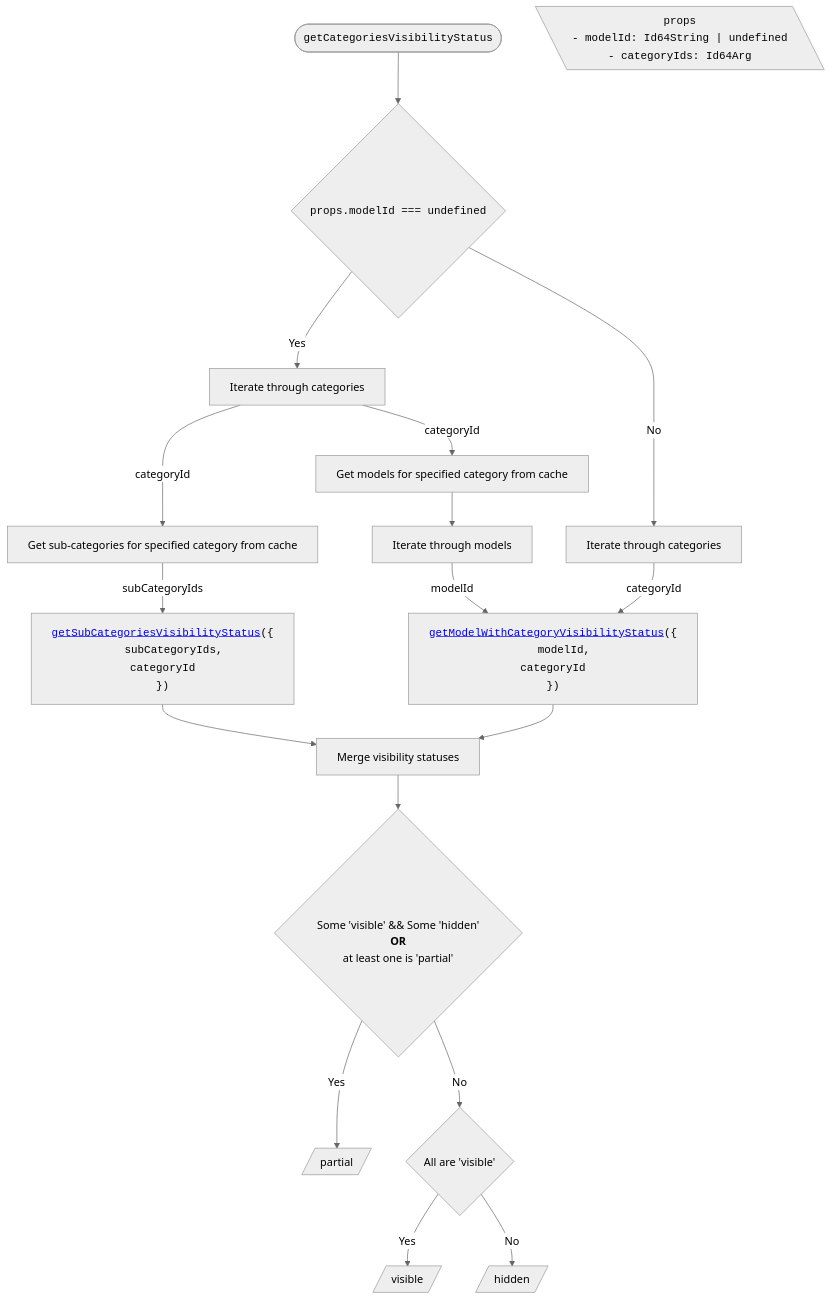
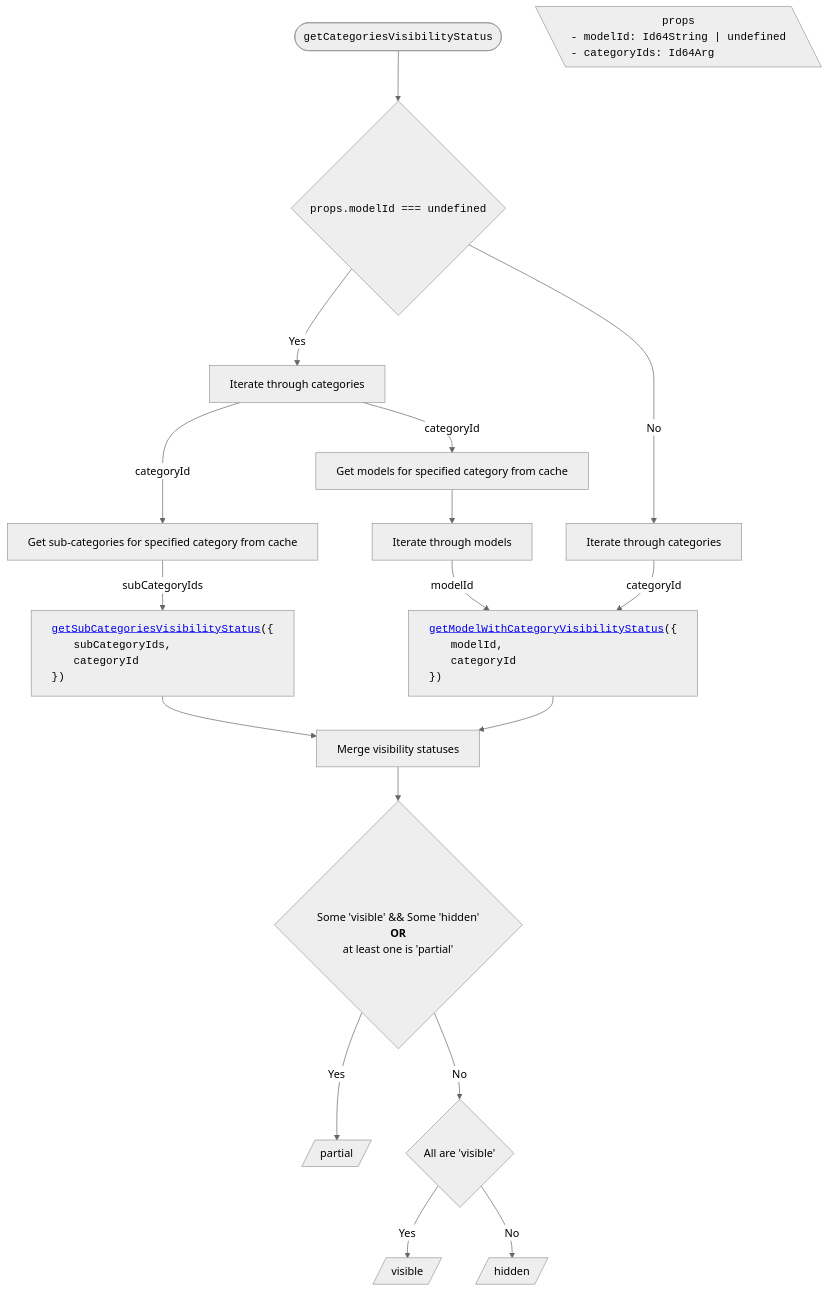
One commit to iTwin/viewer-components-react changed the third of 14 diagrams in packages/itwin/tree-widget/docs/SharedVisibilityHandling.md. Above: the diagram before and after it, drawn with Mermaid (neutral theme). The commit also changed other lines of this file and 3 other files, not shown here.

````diff
--- a/packages/itwin/tree-widget/docs/SharedVisibilityHandling.md
+++ b/packages/itwin/tree-widget/docs/SharedVisibilityHandling.md
@@ -150,55 +150,55 @@
 ```mermaid
 ---
 config:
   flowchart:
     wrappingWidth: 750
     useMaxWidth: false
 ---
 
 flowchart TD
   RESULT_Partial[/partial/]
   RESULT_Visible[/visible/]
   RESULT_Hidden[/hidden/]
 
   %% Start
   TITLE(["<code>getCategoriesVisibilityStatus</code>"]) --> A{<code>props.modelId === undefined</code>}
 
   PROPS[\"
     <code>props</code>
-    <code style='text-align: left;'>- modelId: Id64String | undefined <br/> - categoryIds: Id64Arg</code>
+    <code style='display: block; text-align: left;'>- modelId: Id64String | undefined <br/> - categoryIds: Id64Arg</code>
   "\]
 
   %% Branch Yes
   A -- Yes --> B[Iterate through categories]
   B -- categoryId --> C1[Get sub-categories for specified category from cache]
   B -- categoryId --> C2[Get models for specified category from cache]
 
-  C1 -- subCategoryIds --> D1["<code style='text-align: left;'><a href='#getsubcategoriesvisibilitystatus'>getSubCategoriesVisibilityStatus</a>({
-    <code style='padding-left: 2rem'>subCategoryIds,
-    categoryId</code>
+  C1 -- subCategoryIds --> D1["<code style='display: block; text-align: left;'><a href='#getsubcategoriesvisibilitystatus'>getSubCategoriesVisibilityStatus</a>({
+    <code style='padding-left: 2rem'>subCategoryIds,</code>
+    <code style='padding-left: 2rem'>categoryId</code>
   })</code>"]
 
   C2 --> D2[Iterate through models]
-  D2 -- modelId --> F["<code style='text-align: left;'><a href='#getmodelwithcategoryvisibilitystatus'>getModelWithCategoryVisibilityStatus</a>({
-    <code style='padding-left: 2rem'>modelId,
-    categoryId</code>
+  D2 -- modelId --> F["<code style='display: block; text-align: left;'><a href='#getmodelwithcategoryvisibilitystatus'>getModelWithCategoryVisibilityStatus</a>({
+    <code style='padding-left: 2rem'>modelId,</code>
+    <code style='padding-left: 2rem'>categoryId</code>
   })</code>"]
 
   %% Branch No
   A -- No --> B2[Iterate through categories]
   B2 -- categoryId --> F
 
   %% Merge
   D1 --> M[Merge visibility statuses]
   F --> M
 
   M --> N{<br/> Some 'visible' && Some 'hidden' <br/> <strong>OR</strong> <br/> at least one is 'partial'}
 
   %% Results
   N -- Yes --> RESULT_Partial
 
   N -- No --> O{All are 'visible'}
 
   O -- Yes --> RESULT_Visible
   O -- No --> RESULT_Hidden
 ```
````
